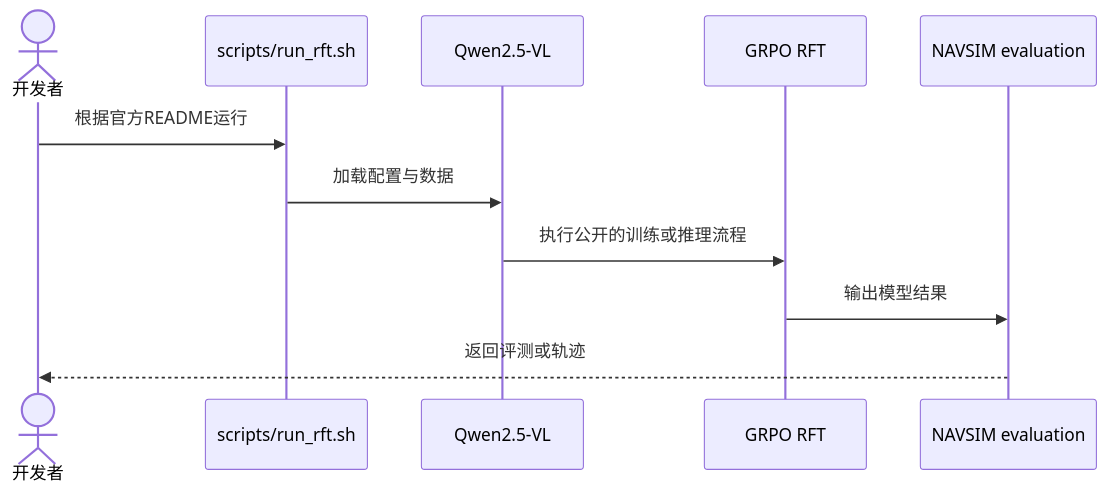
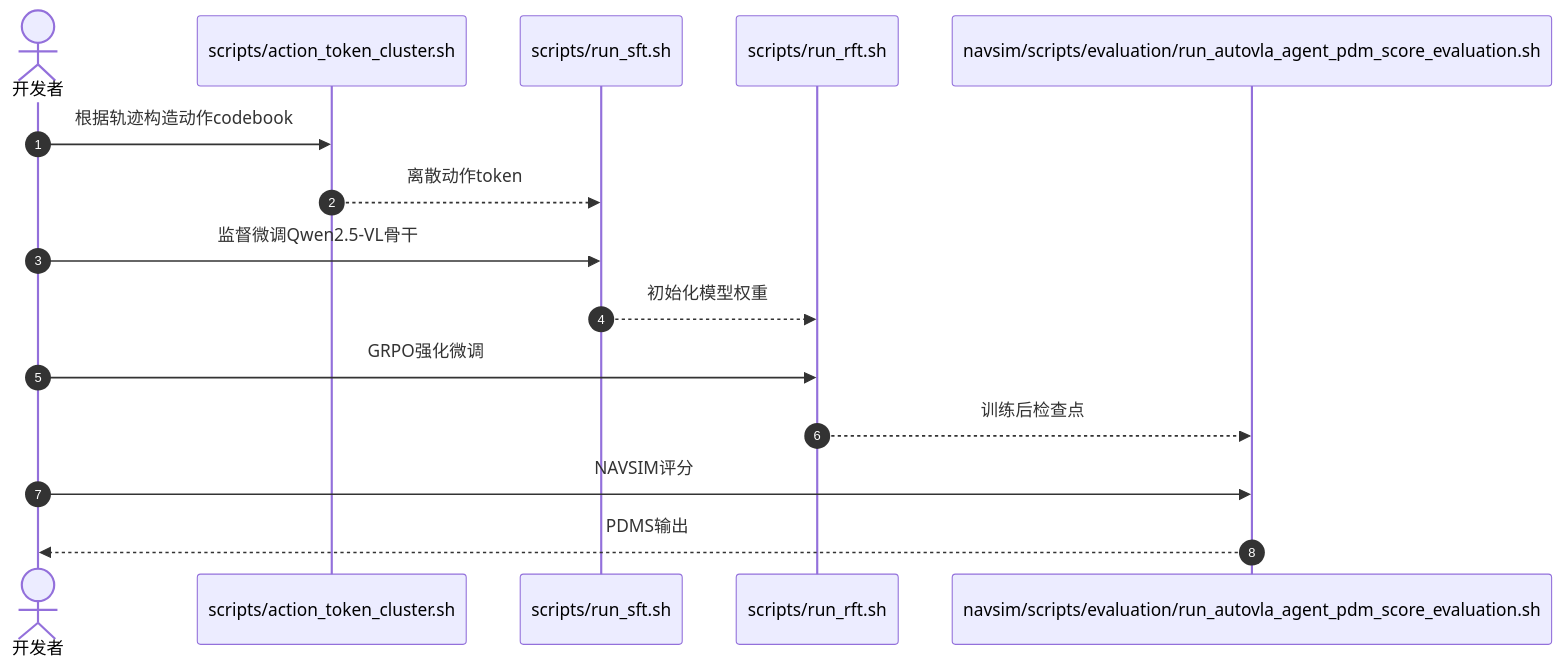
The third of 3 diagrams in wiki/entities/paper-rcl-2506-13757-autovla-a-vision-language-action-model-for-end-t.md (ImChong/Robotics_Notebooks), drawn with Mermaid before and after one commit. The commit also changed other lines of this file and 8 other files, not shown here.

Commit message:
docs(wiki): 校正 ReCogDrive 官方执行路径并细化源码运行时序图

````diff
--- a/wiki/entities/paper-rcl-2506-13757-autovla-a-vision-language-action-model-for-end-t.md
+++ b/wiki/entities/paper-rcl-2506-13757-autovla-a-vision-language-action-model-for-end-t.md
@@ -175,13 +175,17 @@
 ```mermaid
 sequenceDiagram
-  actor User as 开发者
-  participant Entry as scripts/run_rft.sh
-  participant Model as Qwen2.5-VL
-  participant Runtime as GRPO RFT
-  participant Result as NAVSIM evaluation
-  User->>Entry: 根据官方README运行
-  Entry->>Model: 加载配置与数据
-  Model->>Runtime: 执行公开的训练或推理流程
-  Runtime->>Result: 输出模型结果
-  Result-->>User: 返回评测或轨迹
+  autonumber
+  actor Dev as 开发者
+  participant Code as scripts/action_token_cluster.sh
+  participant SFT as scripts/run_sft.sh
+  participant RFT as scripts/run_rft.sh
+  participant Eval as navsim/scripts/evaluation/run_autovla_agent_pdm_score_evaluation.sh
+  Dev->>Code: 根据轨迹构造动作codebook
+  Code-->>SFT: 离散动作token
+  Dev->>SFT: 监督微调Qwen2.5-VL骨干
+  SFT-->>RFT: 初始化模型权重
+  Dev->>RFT: GRPO强化微调
+  RFT-->>Eval: 训练后检查点
+  Dev->>Eval: NAVSIM评分
+  Eval-->>Dev: PDMS输出
 ```
````
